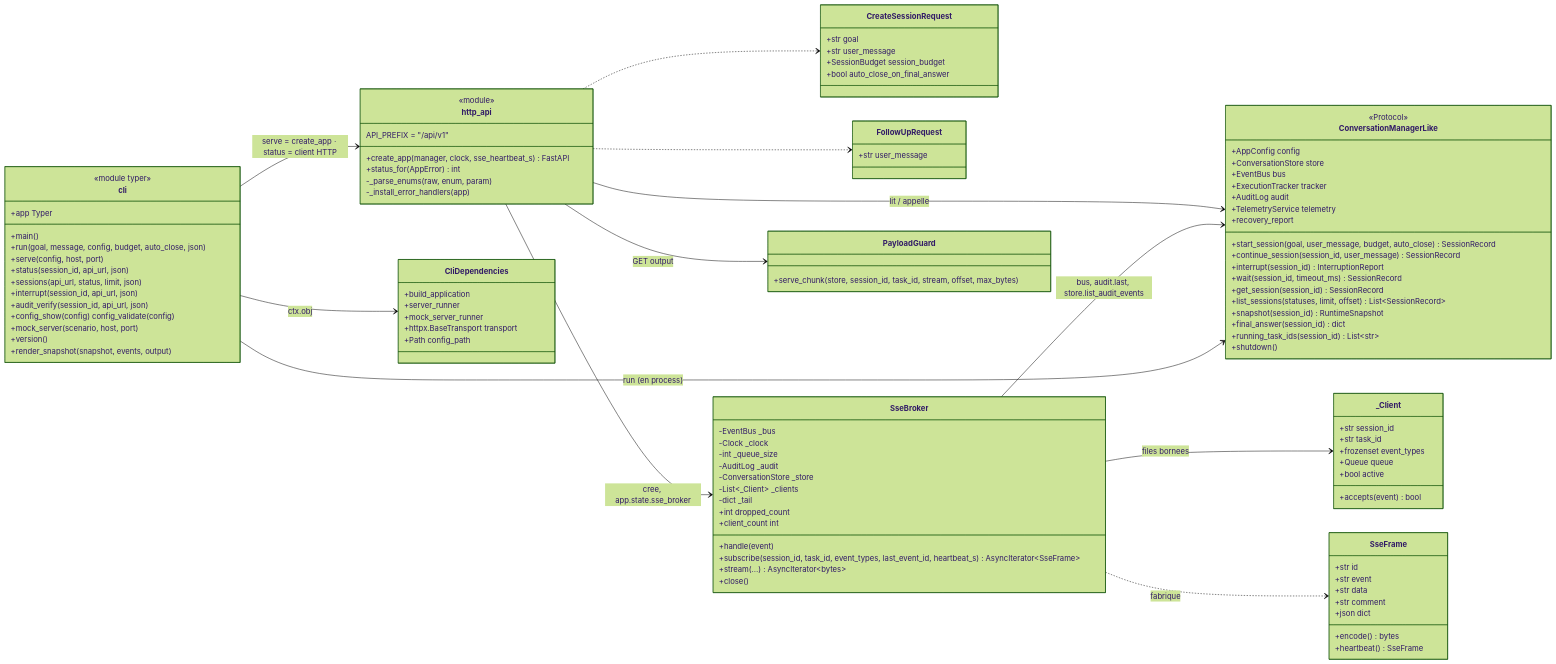
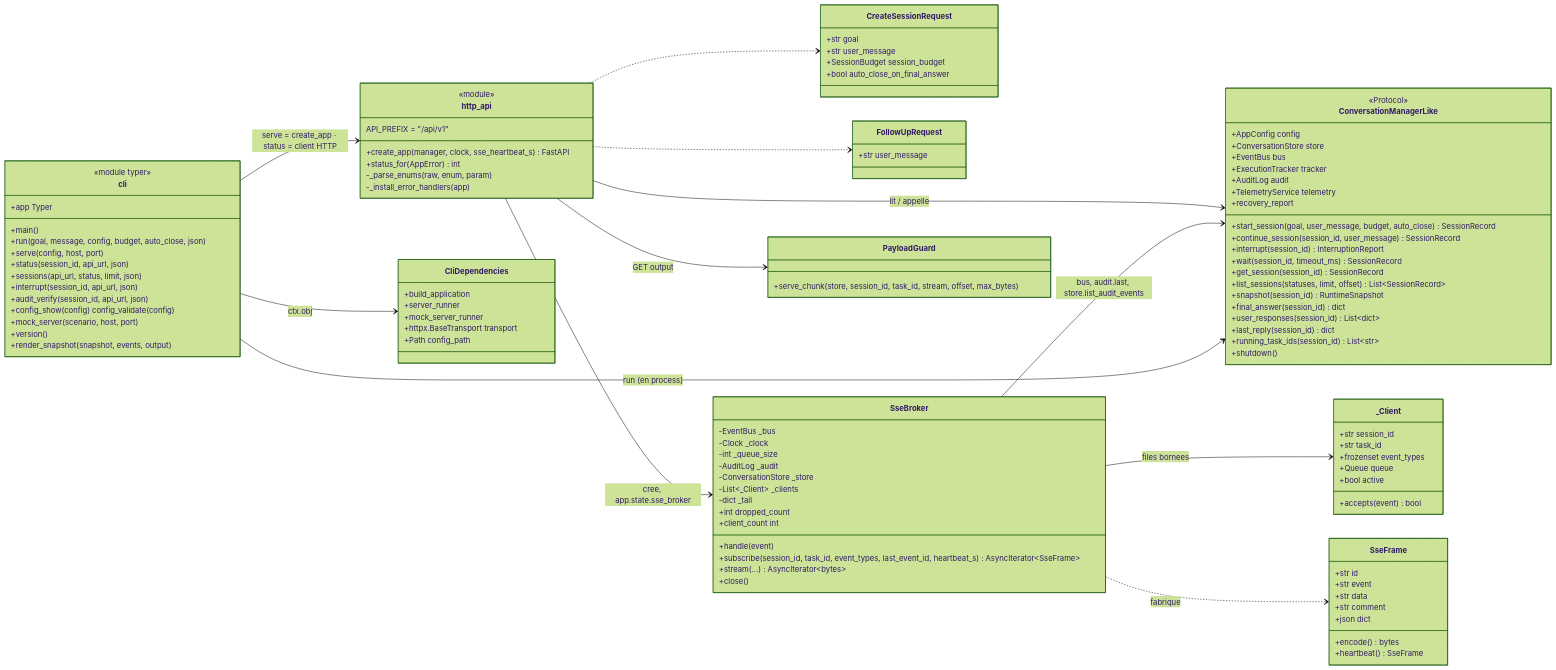
One commit to moabidi91/agentic-local-app changed the first of 3 diagrams in docs/phases/phase-09-interfaces.md. Above: the diagram before and after it, drawn with Mermaid (forest theme). The commit also changed other lines of this file and 40 other files, not shown here.

```diff
--- a/docs/phases/phase-09-interfaces.md
+++ b/docs/phases/phase-09-interfaces.md
@@ -71,6 +73,8 @@
         +list_sessions(statuses, limit, offset) List~SessionRecord~
         +snapshot(session_id) RuntimeSnapshot
         +final_answer(session_id) dict
+        +user_responses(session_id) List~dict~
+        +last_reply(session_id) dict
         +running_task_ids(session_id) List~str~
         +shutdown()
     }
```
